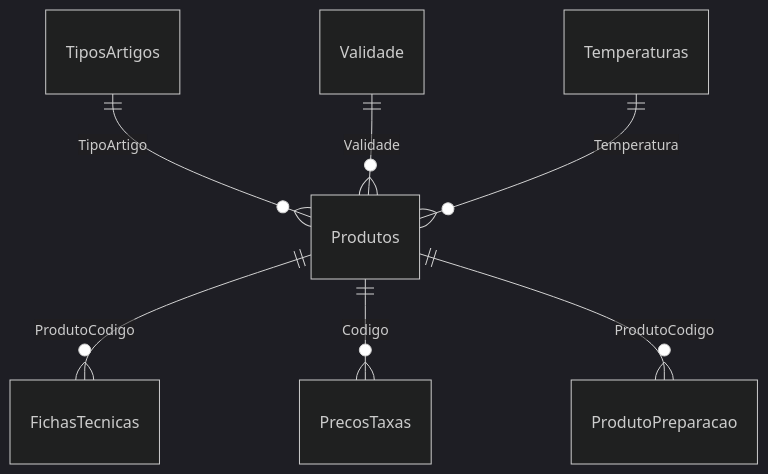
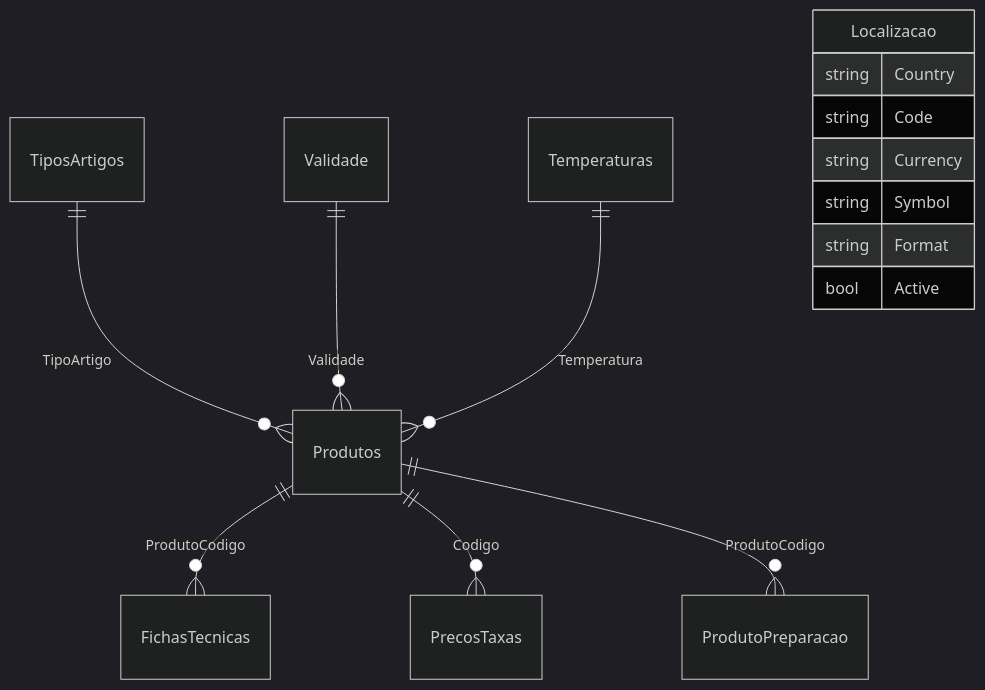
Before and after one commit to storesace-cv/bwb-ftv: the diagram in SCHEMA.md, drawn with Mermaid (dark theme). The commit also changed other lines of this file and 2 other files, not shown here.

Commit message:
docs: detail currency localisation table

````diff
--- a/SCHEMA.md
+++ b/SCHEMA.md
@@ -128,9 +144,17 @@
 ```mermaid
 erDiagram
     Produtos ||--o{ FichasTecnicas : "ProdutoCodigo"
     Produtos ||--o{ PrecosTaxas : "Codigo"
     Produtos ||--o{ ProdutoPreparacao : "ProdutoCodigo"
     TiposArtigos ||--o{ Produtos : "TipoArtigo"
     Validade ||--o{ Produtos : "Validade"
     Temperaturas ||--o{ Produtos : "Temperatura"
+    Localizacao {
+        string Country
+        string Code
+        string Currency
+        string Symbol
+        string Format
+        bool Active
+    }
 ```
````
